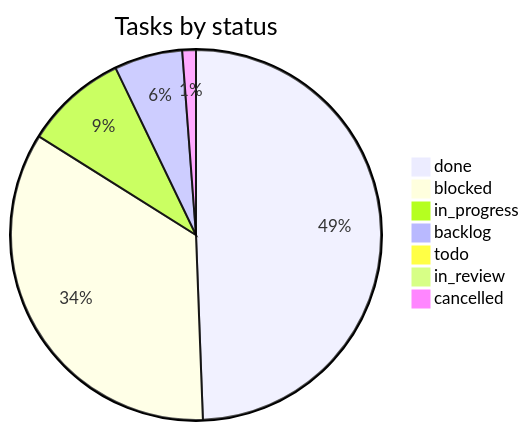
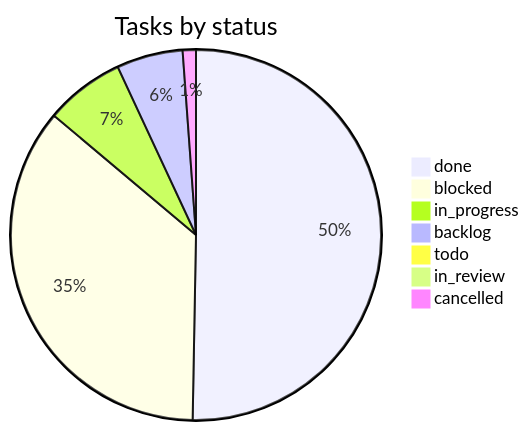
One commit to vulcanflow/docs changed the second of 2 diagrams in PROGRESS.md. Above: the diagram before and after it, drawn with Mermaid. The commit also changed other lines of this file and 1 other file, not shown here.

Commit message:
progress: 4 deliveries (VFL-196, VFL-199, VFL-201, VFL-202), 3 status changes, 5 new tasks (VFL-202-206) (#83)

````diff
--- a/PROGRESS.md
+++ b/PROGRESS.md
@@ -58,10 +58,10 @@
 ```mermaid
 pie title Tasks by status
-  "done" : 83
-  "blocked" : 58
-  "in_progress" : 15
+  "done" : 87
+  "blocked" : 62
+  "in_progress" : 12
   "backlog" : 10
   "todo" : 1
   "in_review" : 1
   "cancelled" : 2
 ```
````
